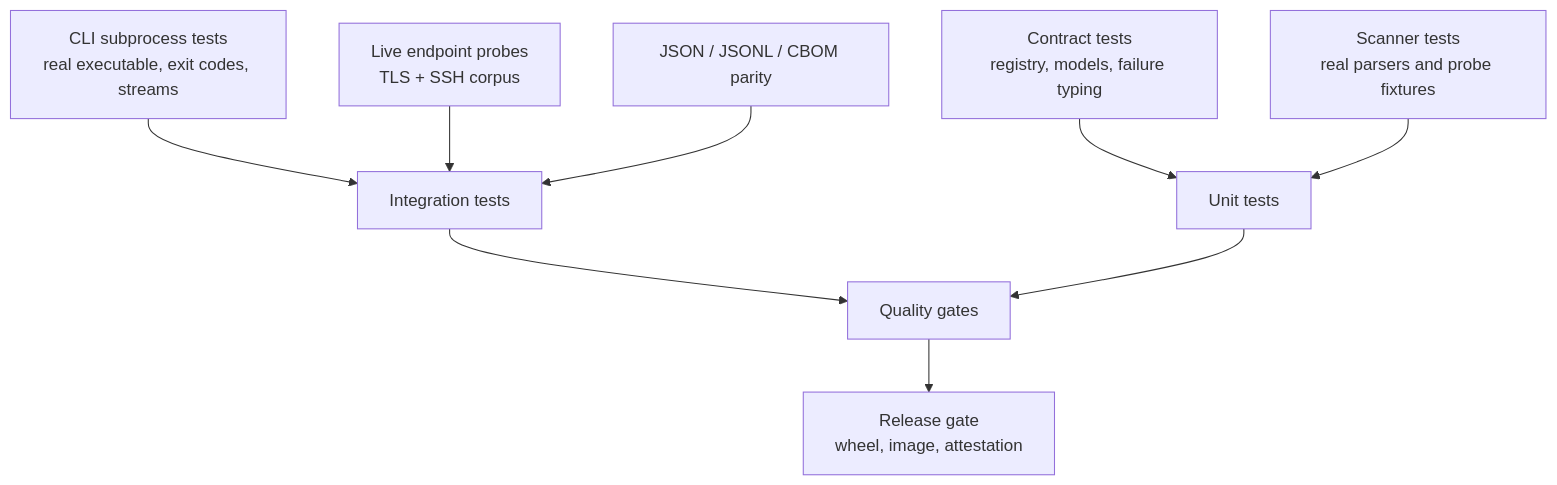
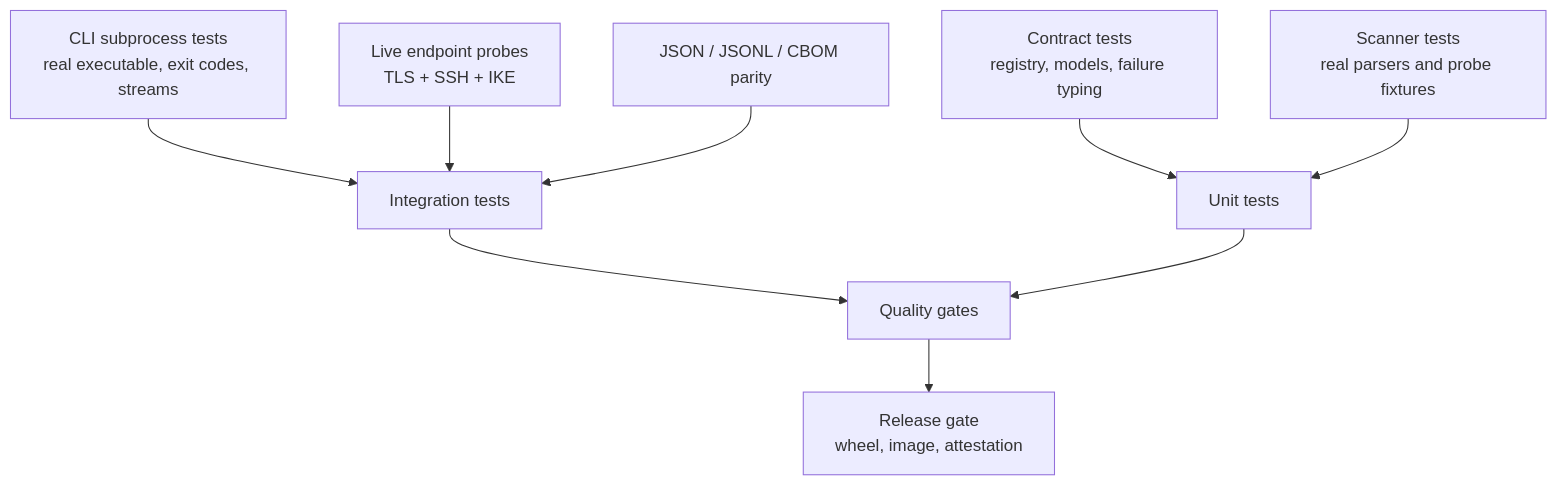
Before and after one commit to BreachSAFE/qureddy: the tenth of 11 diagrams in docs/explanation/architecture.md, drawn with Mermaid. The commit also changed other lines of this file and 70 other files, not shown here.

````diff
--- a/docs/explanation/architecture.md
+++ b/docs/explanation/architecture.md
@@ -405,11 +460,11 @@
 ```mermaid
 flowchart TB
     contracts["Contract tests\nregistry, models, failure typing"] --> unit["Unit tests"]
     scanners["Scanner tests\nreal parsers and probe fixtures"] --> unit
     cli["CLI subprocess tests\nreal executable, exit codes, streams"] --> integration["Integration tests"]
-    endpoints["Live endpoint probes\nTLS + SSH corpus"] --> integration
+    endpoints["Live endpoint probes\nTLS + SSH + IKE"] --> integration
     projections["JSON / JSONL / CBOM parity"] --> integration
     integration --> gates["Quality gates"]
     unit --> gates
     gates --> release["Release gate\nwheel, image, attestation"]
 ```
````
